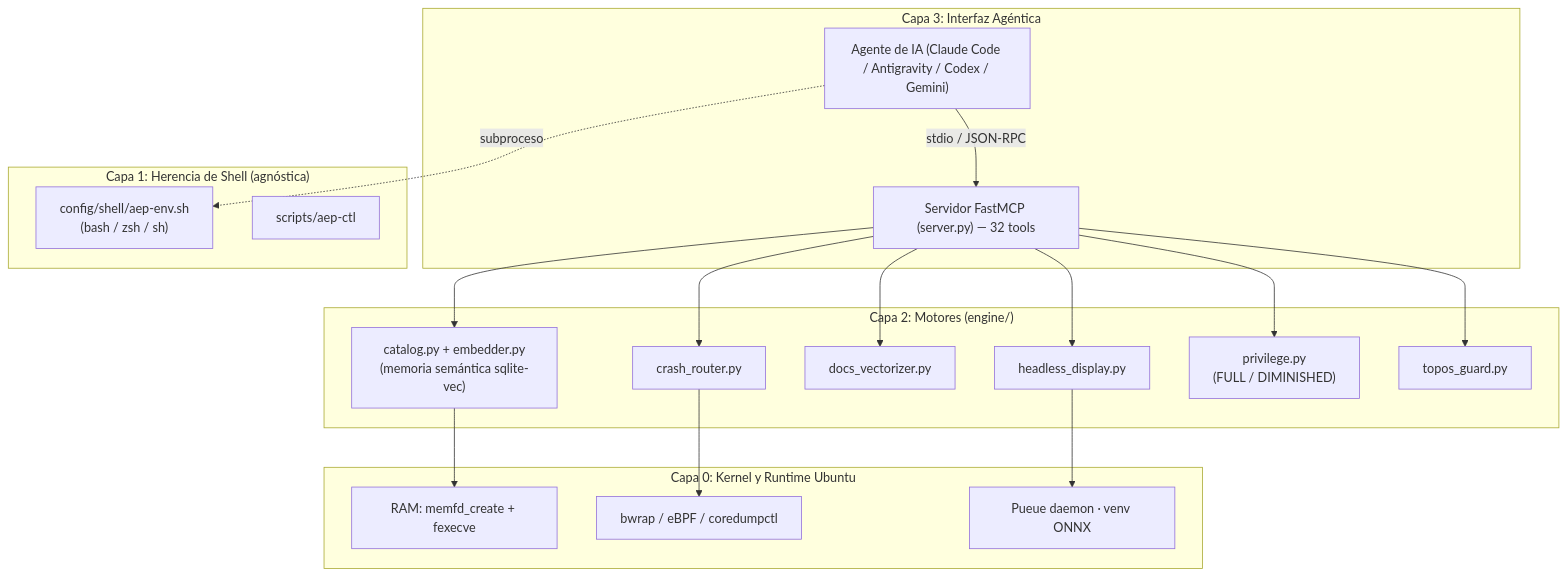
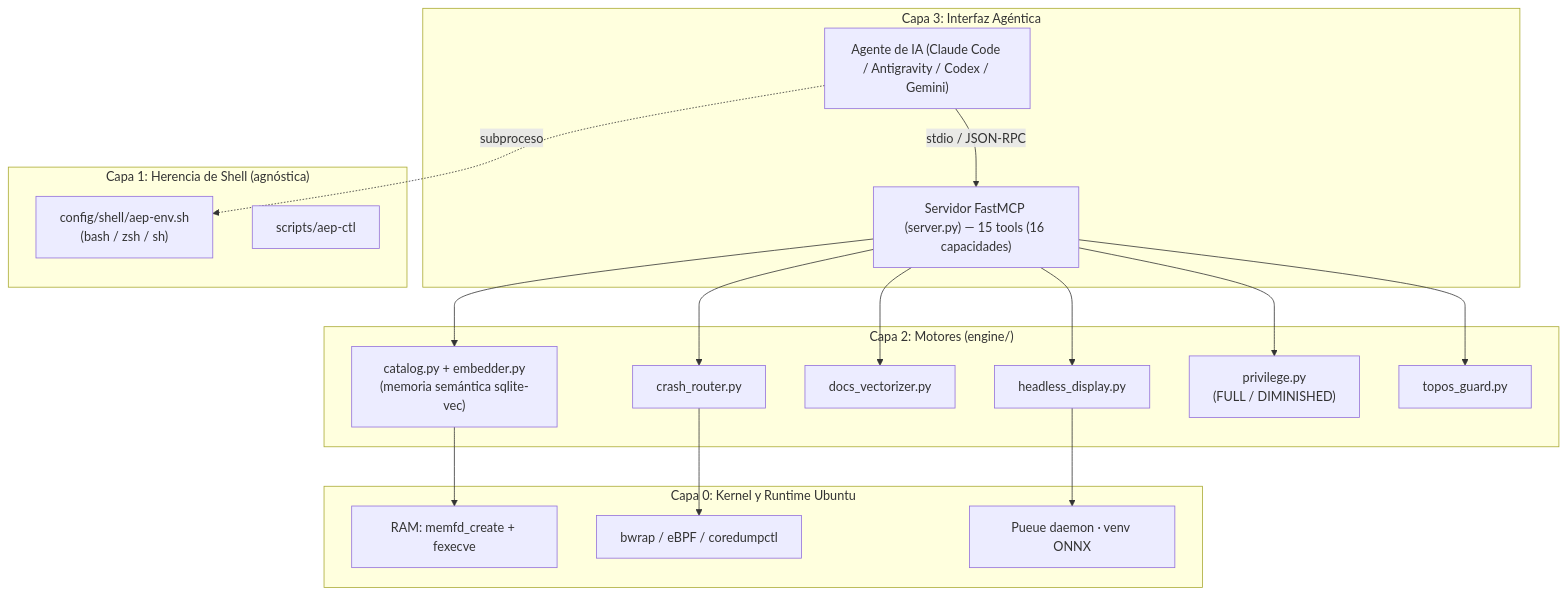
One commit to ancrz/agent-execution-plane changed the second of 14 diagrams in README.md. Above: the diagram before and after it, drawn with Mermaid. The commit also changed other lines of this file and 7 other files, not shown here.

````diff
--- a/README.md
+++ b/README.md
@@ -96,30 +96,30 @@
 ```mermaid
 flowchart TD
     subgraph L3["Capa 3: Interfaz Agéntica"]
         Agent["Agente de IA (Claude Code / Antigravity / Codex / Gemini)"]
-        MCP["Servidor FastMCP (server.py) — 32 tools"]
+        MCP["Servidor FastMCP (server.py) — 15 tools (16 capacidades)"]
         Agent -->|stdio / JSON-RPC| MCP
     end
     subgraph L2["Capa 2: Motores (engine/)"]
         Catalog["catalog.py + embedder.py<br/>(memoria semántica sqlite-vec)"]
         Crash["crash_router.py"]
         Docs["docs_vectorizer.py"]
         Headless["headless_display.py"]
         Priv["privilege.py<br/>(FULL / DIMINISHED)"]
         Topos["topos_guard.py"]
         MCP --> Catalog & Crash & Docs & Headless & Priv & Topos
     end
     subgraph L1["Capa 1: Herencia de Shell (agnóstica)"]
         Env["config/shell/aep-env.sh<br/>(bash / zsh / sh)"]
         Ctl["scripts/aep-ctl"]
         Agent -.->|subproceso| Env
     end
     subgraph L0["Capa 0: Kernel y Runtime Ubuntu"]
         K1["RAM: memfd_create + fexecve"]
         K2["bwrap / eBPF / coredumpctl"]
         K3["Pueue daemon · venv ONNX"]
         Catalog --> K1
         Crash --> K2
         Headless --> K3
     end
 ```
````
